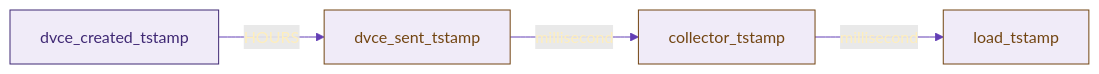
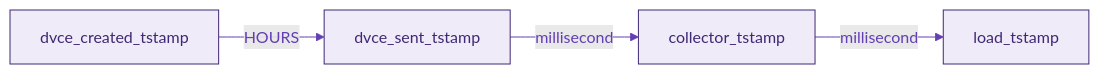
One commit to snowplow/documentation changed the third of 4 diagrams in docs/modeling-your-data/modeling-your-data-with-dbt/dbt-advanced-usage/dbt-timestamps/index.md. Above: the diagram before and after it, drawn with Mermaid. The commit also changed other lines of this file, not shown here.

````diff
--- a/docs/modeling-your-data/modeling-your-data-with-dbt/dbt-advanced-usage/dbt-timestamps/index.md
+++ b/docs/modeling-your-data/modeling-your-data-with-dbt/dbt-advanced-usage/dbt-timestamps/index.md
@@ -84,14 +84,14 @@
 ```mermaid
 graph LR
     style A color:#3F2874, fill:#F0EBF8, stroke:#3F2874, stroke-width:1px;
-    style B color:#724512, fill:#F0EBF8, stroke:#724512, stroke-width:1px;
-    style C color:#724512, fill:#F0EBF8, stroke:#724512, stroke-width:1px;
-    style D color:#724512, fill:#F0EBF8, stroke:#724512, stroke-width:1px;
+    style B color:#3F2874, fill:#F0EBF8, stroke:#3F2874, stroke-width:1px;
+    style C color:#3F2874, fill:#F0EBF8, stroke:#3F2874, stroke-width:1px;
+    style D color:#3F2874, fill:#F0EBF8, stroke:#3F2874, stroke-width:1px;
 
-    linkStyle default stroke-width:px,fill:#633EB5,stroke:#633EB5,color:#FEEEBD
+    linkStyle default stroke-width:px,fill:#633EB5,stroke:#633EB5,color:#633EB5
 
 
     A[dvce_created_tstamp] -->|HOURS| B[dvce_sent_tstamp]
     B[dvce_sent_tstamp] --> |millisecond|C[collector_tstamp]
     C[collector_tstamp] --> |millisecond|D[load_tstamp] 
 ```
````
